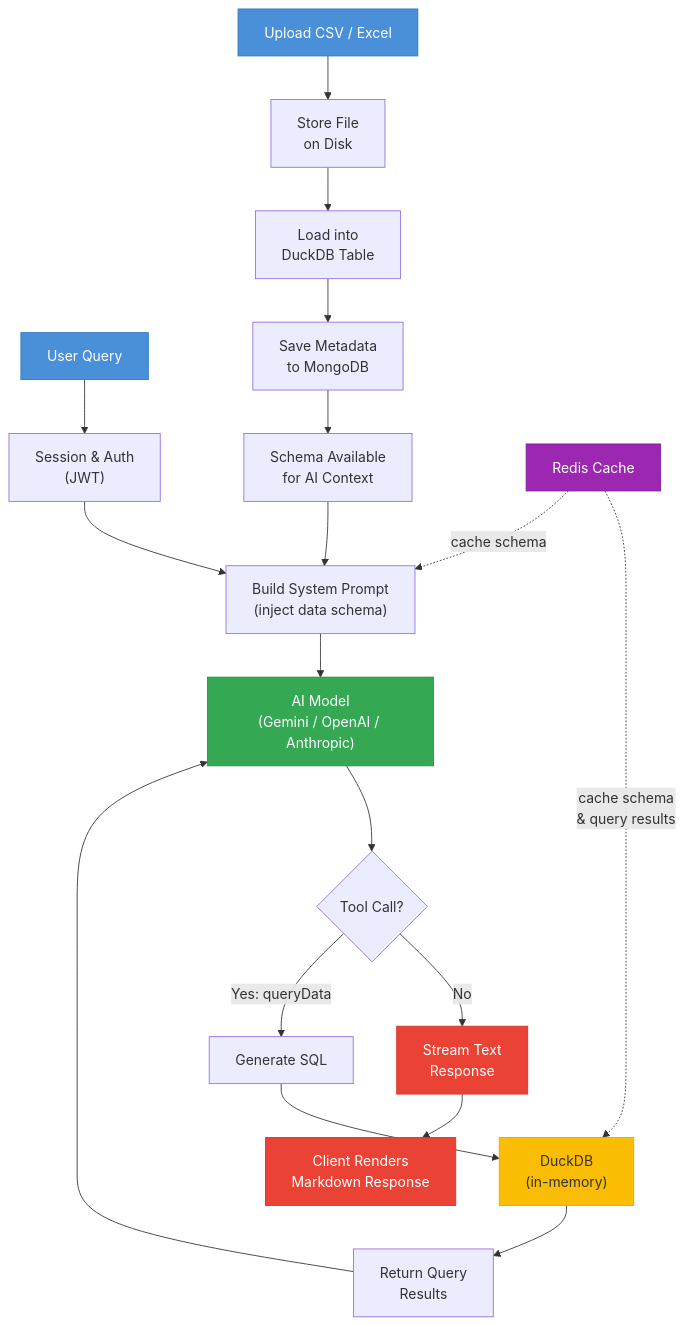
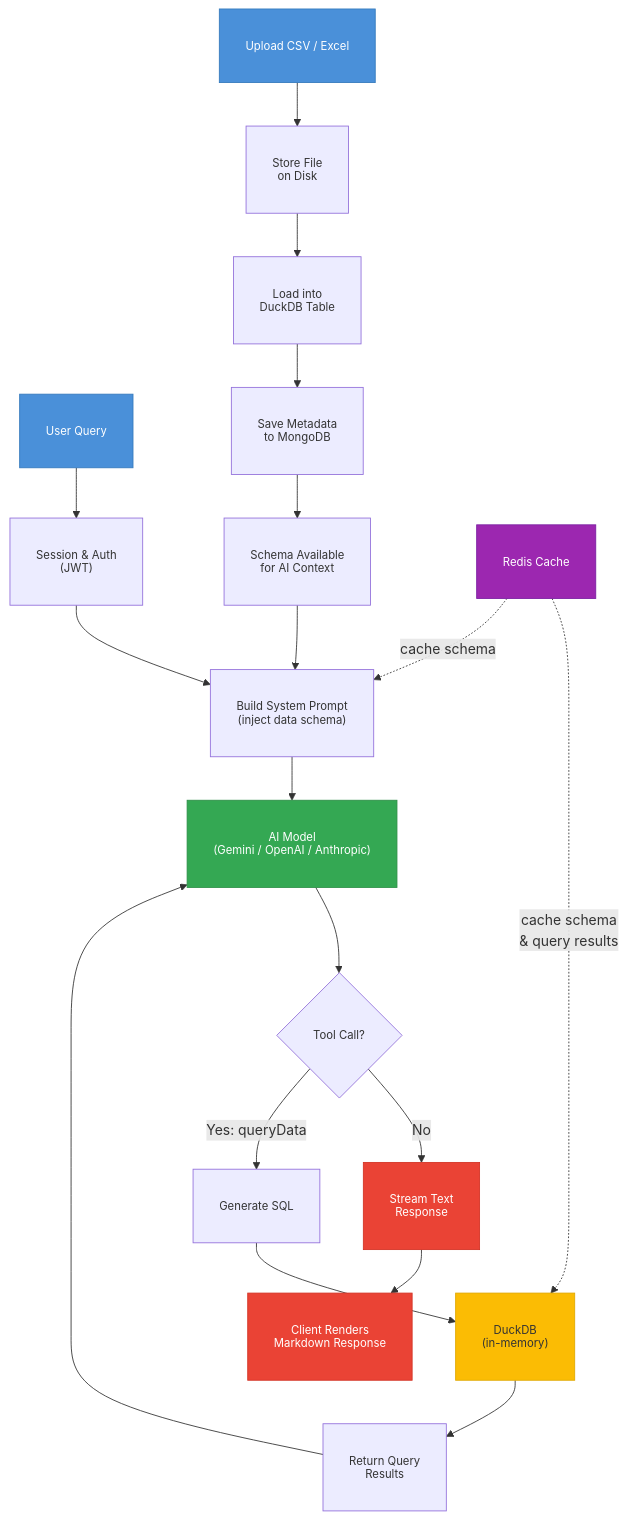
The diagram in README.md (cptzeroo/toaster-ai), drawn with Mermaid before and after one commit.

Commit message:
Update Readme
Shrink the default font size and padding for all nodes in the flowchart.

````diff
--- a/README.md
+++ b/README.md
@@ -46,32 +46,34 @@
 ```mermaid
 flowchart TD
+%% Shrink the default font size and padding for all nodes
+classDef default font-size:13px,padding:5px,line-height:1.2;
 
 A["User Query"] --> B["Session & Auth<br/>(JWT)"]
 B --> C["Build System Prompt<br/>(inject data schema)"]
 C --> D["AI Model<br/>(Gemini / OpenAI / Anthropic)"]
 D --> E{"Tool Call?"}
 
 E -- "No" --> F["Stream Text\nResponse"]
 E -- "Yes: queryData" --> G["Generate SQL"]
 G --> H["DuckDB<br/>(in-memory)"]
 H --> I["Return Query<br/>Results"]
 I --> D
 
 F --> J["Client Renders<br/>Markdown Response"]
 K["Upload CSV / Excel"] --> L["Store File<br/>on Disk"]
 L --> M["Load into<br/>DuckDB Table"]
 M --> N["Save Metadata<br/>to MongoDB"]
 N --> O["Schema Available<br/>for AI Context"]
 O --> C
 
 P["Redis Cache"] -. "cache schema<br/>& query results" .-> H
 P -. "cache schema" .-> C
 
 style A fill:#4a90d9,stroke:#357abd,color:#fff
 style D fill:#34a853,stroke:#2d8f47,color:#fff
 style H fill:#fbbc04,stroke:#e0a800,color:#333
 style F fill:#ea4335,stroke:#d33426,color:#fff
 style J fill:#ea4335,stroke:#d33426,color:#fff
 style K fill:#4a90d9,stroke:#357abd,color:#fff
 style P fill:#9c27b0,stroke:#7b1fa2,color:#fff
 ```
````
